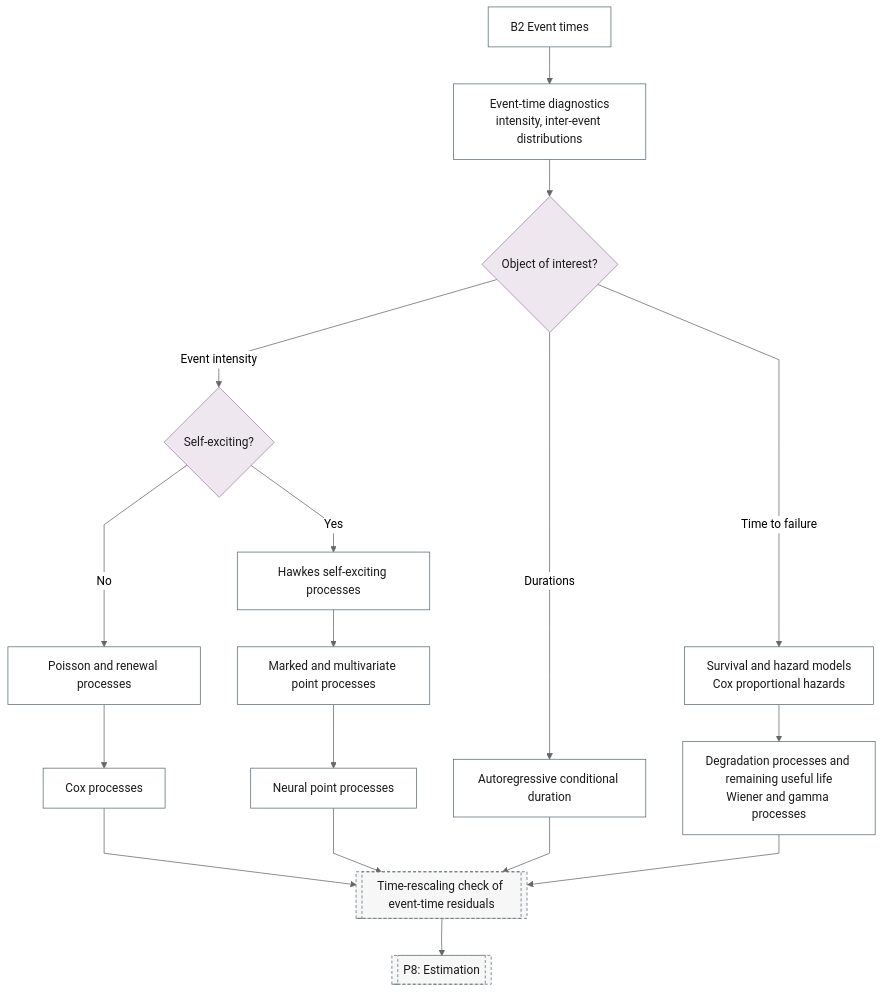
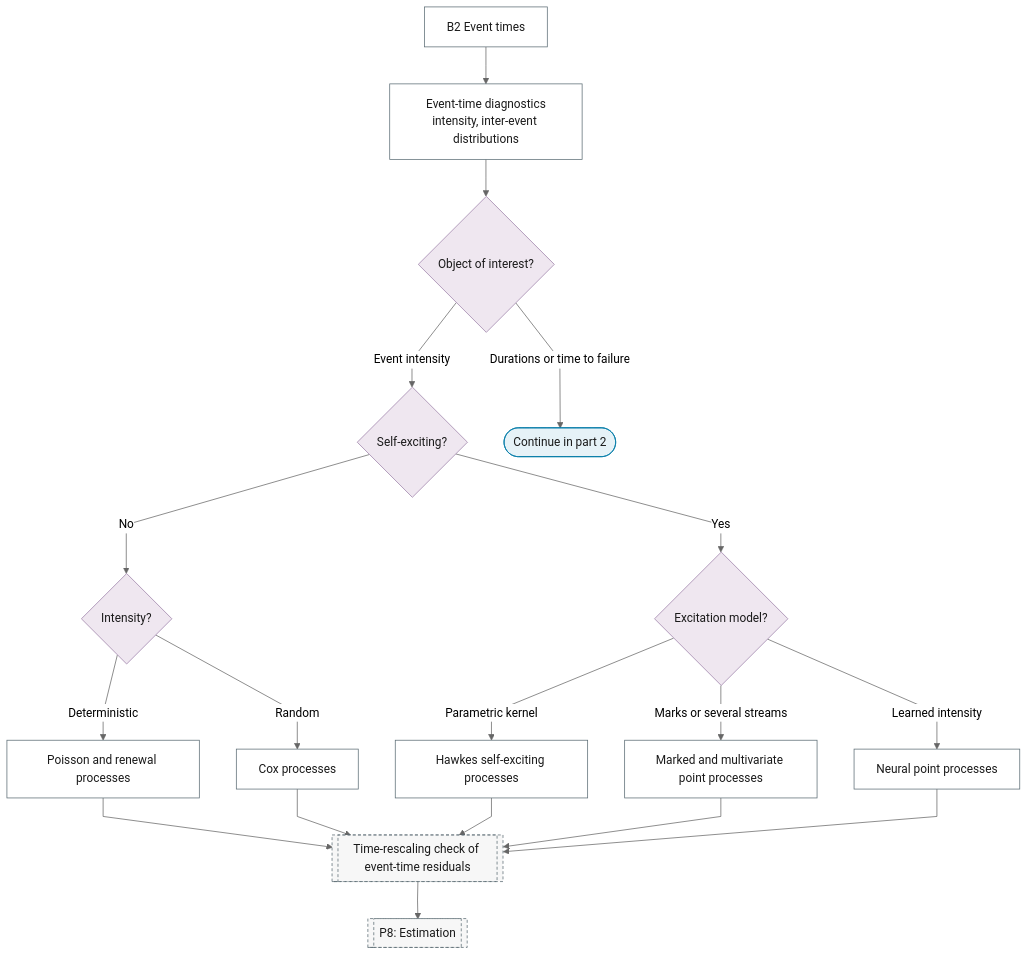
The first of 2 diagrams in docs/reference/17-point-processes/index.md (Shuxin-Y/time-series-analysis-manual), drawn with Mermaid (neutral theme) before and after one commit. The commit also changed other lines of this file and 8 other files, not shown here.

First line of the commit message:
fix(flowchart): alternatives are fan-outs, dependencies are chains

````diff
--- a/docs/reference/17-point-processes/index.md
+++ b/docs/reference/17-point-processes/index.md
@@ -7,28 +9,29 @@
 ```mermaid
 %%{init: {"flowchart": {"curve": "linear"}}}%%
 graph TD
     B2["B2 Event times"] --> B2_EVENT_EDA["Event-time diagnostics<br/>intensity, inter-event distributions"]
     B2_EVENT_EDA --> B2_QUESTION{"Object of interest?"}
     B2_QUESTION -->|"Event intensity"| B2_CLUSTERING{"Self-exciting?"}
-    B2_QUESTION -->|"Durations"| B2_ACD["Autoregressive conditional duration"]
-    B2_QUESTION -->|"Time to failure"| B2_SURVIVAL["Survival and hazard models<br/>Cox proportional hazards"]
-    B2_CLUSTERING -->|"No"| B2_POISSON["Poisson and renewal processes"]
-    B2_CLUSTERING -->|"Yes"| B2_HAWKES["Hawkes self-exciting processes"]
-    B2_POISSON --> B2_COX["Cox processes"]
-    B2_HAWKES --> B2_MARKED["Marked and multivariate point processes"]
-    B2_MARKED --> B2_NEURAL_PP["Neural point processes"]
-    B2_SURVIVAL --> B2_DEGRADATION["Degradation processes and remaining useful life<br/>Wiener and gamma processes"]
-    B2_COX & B2_NEURAL_PP & B2_ACD & B2_DEGRADATION --> P7_RESCALING[["Time-rescaling check of event-time residuals"]]
+    B2_QUESTION -->|"Durations or time to failure"| B2_TO_PART_2(["Continue in part 2"])
+    B2_CLUSTERING -->|"No"| B2_BASELINE{"Intensity?"}
+    B2_CLUSTERING -->|"Yes"| B2_EXCITATION{"Excitation model?"}
+    B2_BASELINE -->|"Deterministic"| B2_POISSON["Poisson and renewal processes"]
+    B2_BASELINE -->|"Random"| B2_COX["Cox processes"]
+    B2_EXCITATION -->|"Parametric kernel"| B2_HAWKES["Hawkes self-exciting processes"]
+    B2_EXCITATION -->|"Marks or several streams"| B2_MARKED["Marked and multivariate point processes"]
+    B2_EXCITATION -->|"Learned intensity"| B2_NEURAL_PP["Neural point processes"]
+    B2_POISSON & B2_COX & B2_HAWKES & B2_MARKED & B2_NEURAL_PP --> P7_RESCALING[["Time-rescaling check of event-time residuals"]]
     P7_RESCALING --> P8[["P8: Estimation"]]
-    class B2_QUESTION,B2_CLUSTERING decision
-    class B2,B2_EVENT_EDA,B2_ACD,B2_SURVIVAL,B2_POISSON,B2_HAWKES,B2_COX,B2_MARKED,B2_NEURAL_PP,B2_DEGRADATION process
+    class B2_TO_PART_2 terminator
+    class B2_QUESTION,B2_CLUSTERING,B2_BASELINE,B2_EXCITATION decision
+    class B2,B2_EVENT_EDA,B2_POISSON,B2_COX,B2_HAWKES,B2_MARKED,B2_NEURAL_PP process
     class P7_RESCALING,P8 ref
     classDef terminator fill:#E6F2F7,stroke:#007BA7,color:#1A1A1A;
     classDef process fill:#FFFFFF,stroke:#5A6B73,color:#1A1A1A;
     classDef decision fill:#EFE7F0,stroke:#9B7FA7,color:#1A1A1A;
     classDef data fill:#FFF4E0,stroke:#C9A55E,color:#1A1A1A;
     classDef good fill:#DCEFD8,stroke:#4A7A3F,color:#1A1A1A;
     classDef escalate fill:#FFE9C2,stroke:#C9A55E,color:#1A1A1A;
     classDef problem fill:#F2D9DE,stroke:#800020,color:#1A1A1A;
     classDef ref fill:#F7F7F7,stroke:#5A6B73,color:#1A1A1A,stroke-dasharray:4 3;
 ```
````
